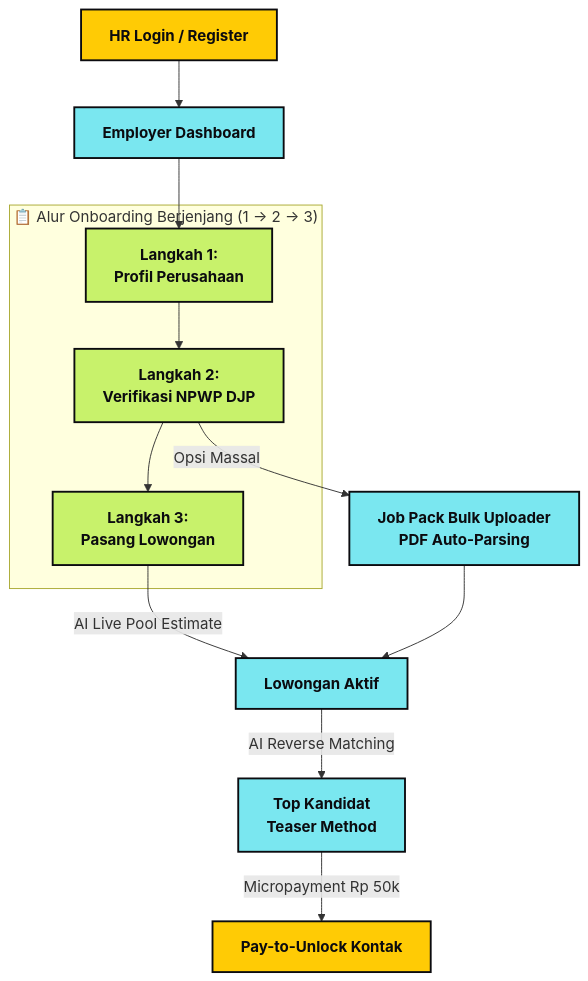
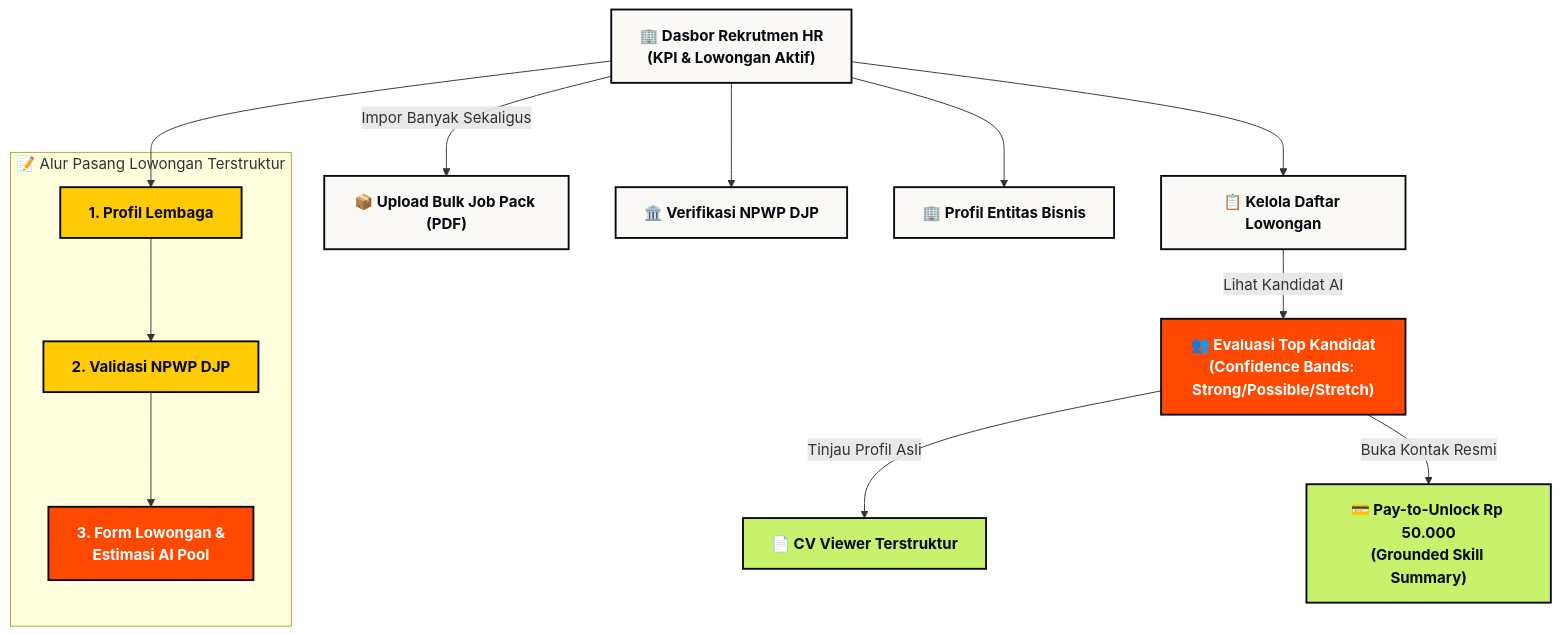
Before and after one commit to LouSens/KerjaCerdas: the third of 5 diagrams in README.md, drawn with Mermaid. The commit also changed other lines of this file, not shown here.

Commit message:
docs: update README with neobrutalism user flow, diagrams, and screenshot showcase

````diff
--- a/README.md
+++ b/README.md
@@ -121,22 +148,24 @@
 ```mermaid
 flowchart TD
-    classDef page fill:#7AE7F0,stroke:#0B0B0F,stroke-width:2px,color:#0B0B0F,font-weight:bold
-    classDef modal fill:#FFCB05,stroke:#0B0B0F,stroke-width:2px,color:#0B0B0F,font-weight:bold
-    classDef step fill:#C8F26B,stroke:#0B0B0F,stroke-width:2px,color:#0B0B0F,font-weight:bold
+    classDef page fill:#FAF9F5,stroke:#090A0F,stroke-width:2px,color:#090A0F,font-weight:bold
+    classDef step fill:#FFCB05,stroke:#090A0F,stroke-width:2px,color:#090A0F,font-weight:bold
+    classDef ai fill:#FF4800,stroke:#090A0F,stroke-width:2px,color:#fff,font-weight:bold
+    classDef modal fill:#C8F26B,stroke:#090A0F,stroke-width:2px,color:#090A0F,font-weight:bold
 
-    A[HR Login / Register]:::modal --> B[Employer Dashboard]:::page
+    A["🏢 Dasbor Rekrutmen HR\n(KPI & Lowongan Aktif)"]:::page --> B["📋 Kelola Daftar Lowongan"]:::page
     
-    subgraph Onboarding_Timeline ["📋 Alur Onboarding Berjenjang (1 -> 2 -> 3)"]
-        C[Langkah 1:\nProfil Perusahaan]:::step --> D[Langkah 2:\nVerifikasi NPWP DJP]:::step
-        D --> E[Langkah 3:\nPasang Lowongan]:::step
+    subgraph Wizard_Pasang ["📝 Alur Pasang Lowongan Terstruktur"]
+        C["1. Profil Lembaga"]:::step --> D["2. Validasi NPWP DJP"]:::step
+        D --> E["3. Form Lowongan &\nEstimasi AI Pool"]:::ai
     end
     
-    B --> C
-    D -->|Opsi Massal| F[Job Pack Bulk Uploader\nPDF Auto-Parsing]:::page
+    A --> C
+    A -->|Impor Banyak Sekaligus| F["📦 Upload Bulk Job Pack (PDF)"]:::page
     
-    E -->|AI Live Pool Estimate| G[Lowongan Aktif]:::page
-    F --> G
+    B -->|Lihat Kandidat AI| G["👥 Evaluasi Top Kandidat\n(Confidence Bands: Strong/Possible/Stretch)"]:::ai
+    G -->|Tinjau Profil Asli| H["📄 CV Viewer Terstruktur"]:::modal
+    G -->|Buka Kontak Resmi| I["💳 Pay-to-Unlock Rp 50.000\n(Grounded Skill Summary)"]:::modal
     
-    G -->|AI Reverse Matching| H[Top Kandidat\nTeaser Method]:::page
-    H -->|Micropayment Rp 50k| I[Pay-to-Unlock Kontak]:::modal
+    A --> J["🏛️ Verifikasi NPWP DJP"]:::page
+    A --> K["🏢 Profil Entitas Bisnis"]:::page
 ```
````
